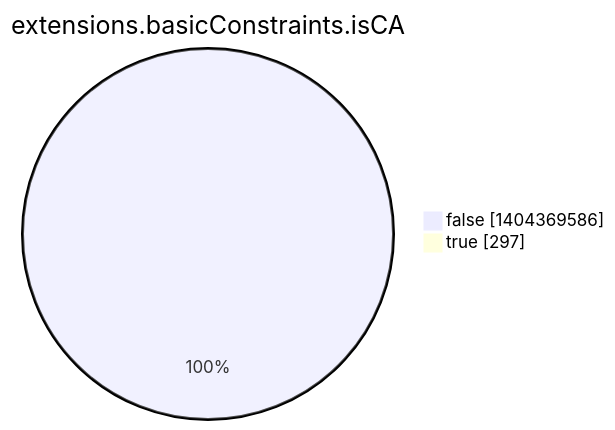
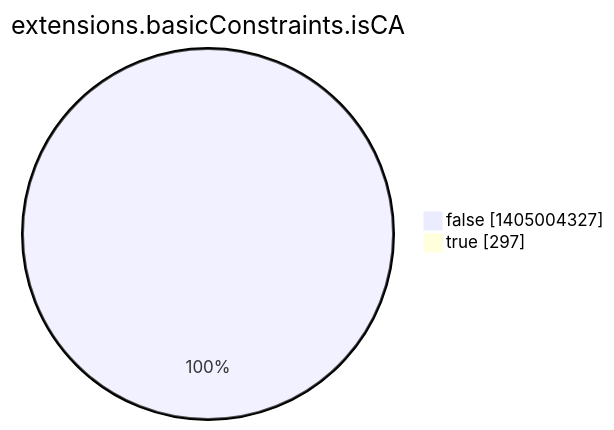
Before and after one commit to christiankrug/ctmonitor_visualization: the eighth of 15 diagrams in argon2022/README.md, drawn with Mermaid. The commit also changed other lines of this file, not shown here.

````diff
--- a/argon2022/README.md
+++ b/argon2022/README.md
@@ -2759,6 +2760,6 @@
 ```mermaid
 pie showData
 title extensions.basicConstraints.isCA
-"false" :1404369586
+"false" :1405004327
 "true" :297
 ```
````
